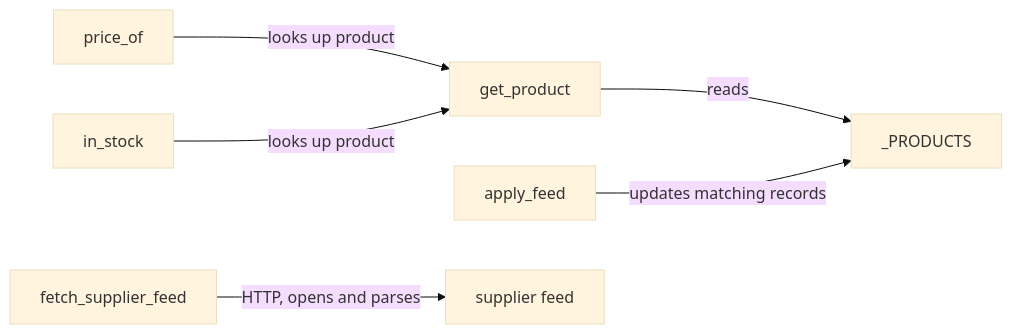
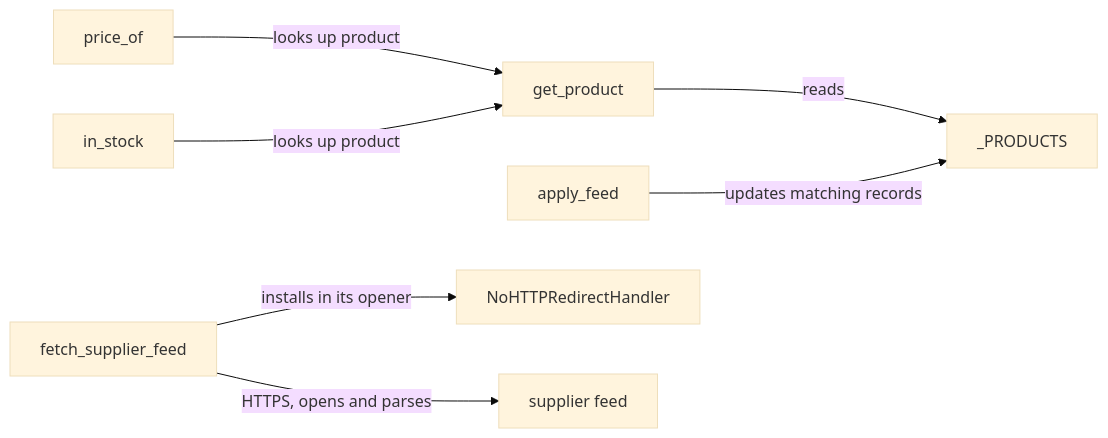
The diagram in codebase-analysis/lld/catalog/catalog.md (vishalc412/bible-mode-b-test), drawn with Mermaid (base theme) before and after one commit. The commit also changed other lines of this file and 39 other files, not shown here.

````diff
--- a/codebase-analysis/lld/catalog/catalog.md
+++ b/codebase-analysis/lld/catalog/catalog.md
@@ -44,15 +46,17 @@
 ```mermaid
 flowchart LR
   getproduct["get_product"]
   priceof["price_of"]
   instock["in_stock"]
   fetch["fetch_supplier_feed"]
   apply["apply_feed"]
+  handler["NoHTTPRedirectHandler"]
   store["_PRODUCTS"]
   feed["supplier feed"]
   priceof -->|"looks up product"| getproduct
   instock -->|"looks up product"| getproduct
   getproduct -->|"reads"| store
   apply -->|"updates matching records"| store
-  fetch -->|"HTTP, opens and parses"| feed
+  fetch -->|"installs in its opener"| handler
+  fetch -->|"HTTPS, opens and parses"| feed
 ```
````
